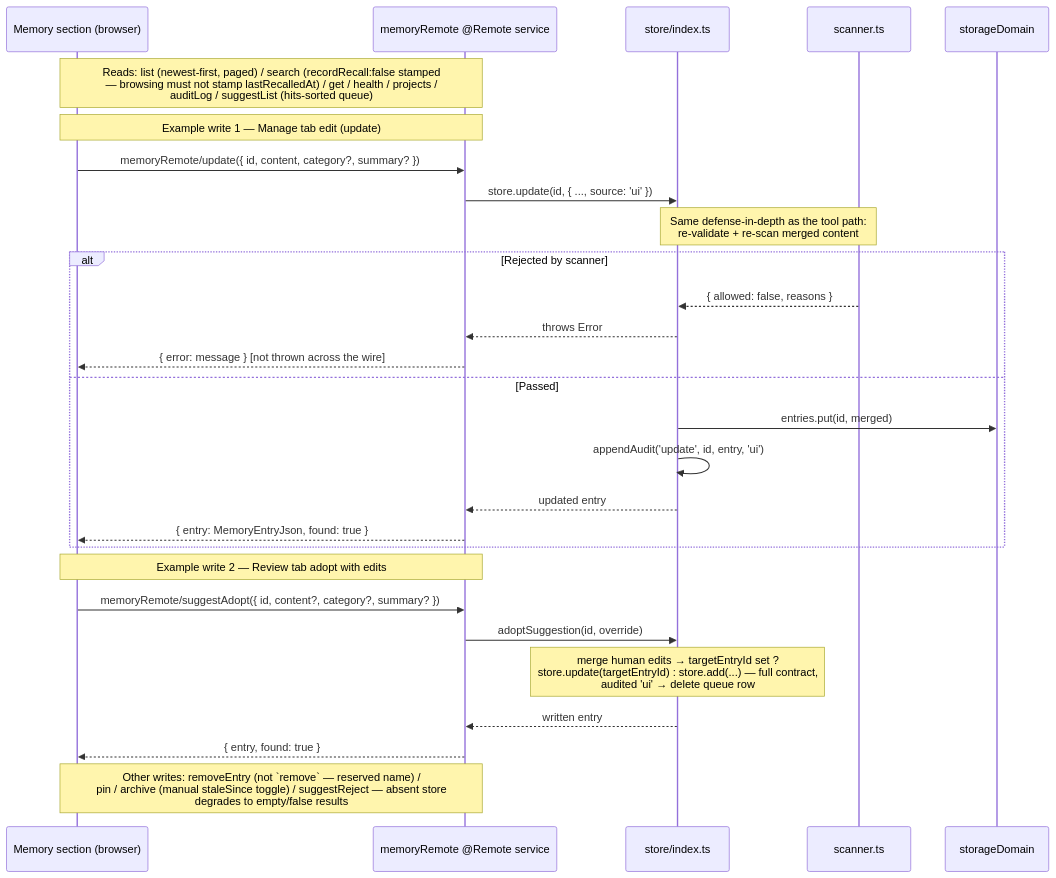
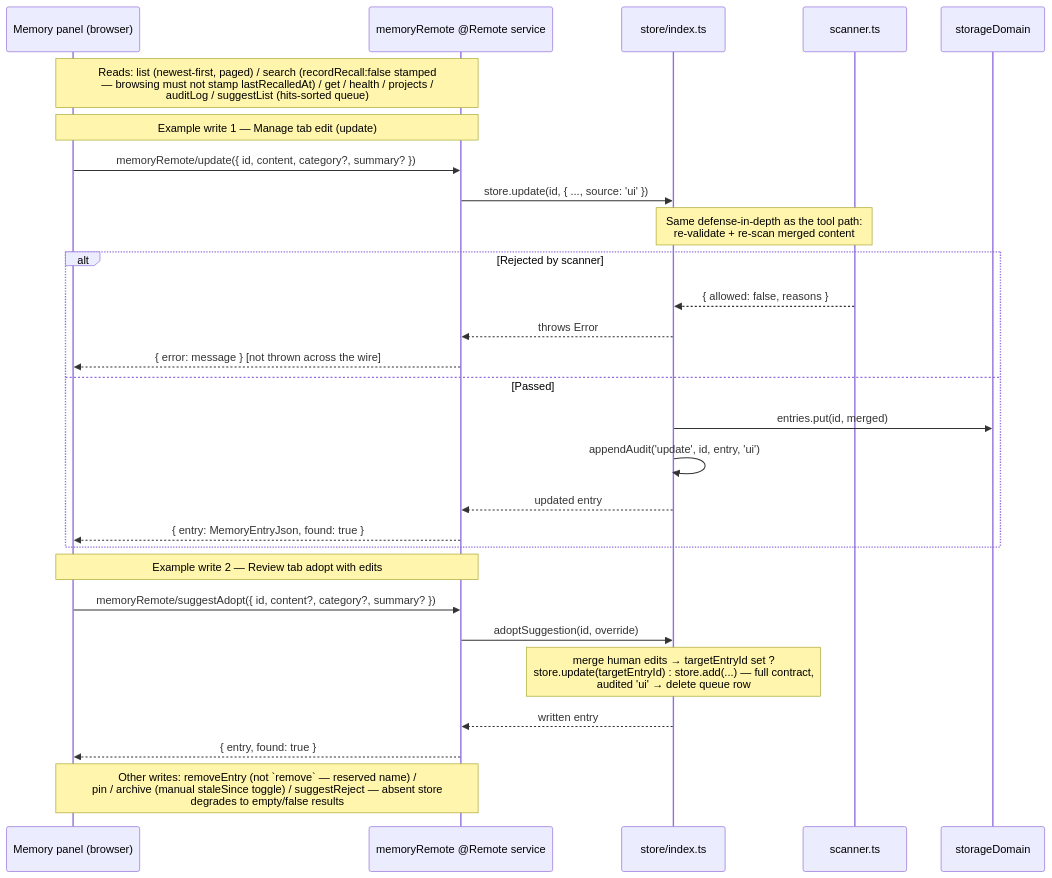
Diagram 13 of 15 in docs/SEQUENCE_DIAGRAMS.md (chenhw7/dsh-memory), drawn with Mermaid before and after one commit. The commit also changed other lines of this file and 50 other files, not shown here.

````diff
--- a/docs/SEQUENCE_DIAGRAMS.md
+++ b/docs/SEQUENCE_DIAGRAMS.md
@@ -596,36 +596,36 @@
 ```mermaid
 sequenceDiagram
-    participant UI as Memory section (browser)
+    participant UI as Memory panel (browser)
     participant Remote as memoryRemote @Remote service
     participant Store as store/index.ts
     participant Scanner as scanner.ts
     participant SD as storageDomain
 
     Note over UI,Remote: Reads: list (newest-first, paged) / search (recordRecall:false stamped<br/>— browsing must not stamp lastRecalledAt) / get / health / projects /<br/>auditLog / suggestList (hits-sorted queue)
 
     Note over UI,Remote: Example write 1 — Manage tab edit (update)
 
     UI->>Remote: memoryRemote/update({ id, content, category?, summary? })
     Remote->>Store: store.update(id, { ..., source: 'ui' })
     Note over Store,Scanner: Same defense-in-depth as the tool path:<br/>re-validate + re-scan merged content
     alt Rejected by scanner
         Scanner-->>Store: { allowed: false, reasons }
         Store-->>Remote: throws Error
         Remote-->>UI: { error: message } [not thrown across the wire]
     else Passed
         Store->>SD: entries.put(id, merged)
         Store->>Store: appendAudit('update', id, entry, 'ui')
         Store-->>Remote: updated entry
         Remote-->>UI: { entry: MemoryEntryJson, found: true }
     end
 
     Note over UI,Remote: Example write 2 — Review tab adopt with edits
 
     UI->>Remote: memoryRemote/suggestAdopt({ id, content?, category?, summary? })
     Remote->>Store: adoptSuggestion(id, override)
     Note over Store: merge human edits → targetEntryId set ?<br/>store.update(targetEntryId) : store.add(...) — full contract,<br/>audited 'ui' → delete queue row
     Store-->>Remote: written entry
     Remote-->>UI: { entry, found: true }
 
     Note over UI,Remote: Other writes: removeEntry (not `remove` — reserved name) /<br/>pin / archive (manual staleSince toggle) / suggestReject — absent store<br/>degrades to empty/false results
 ```
````
